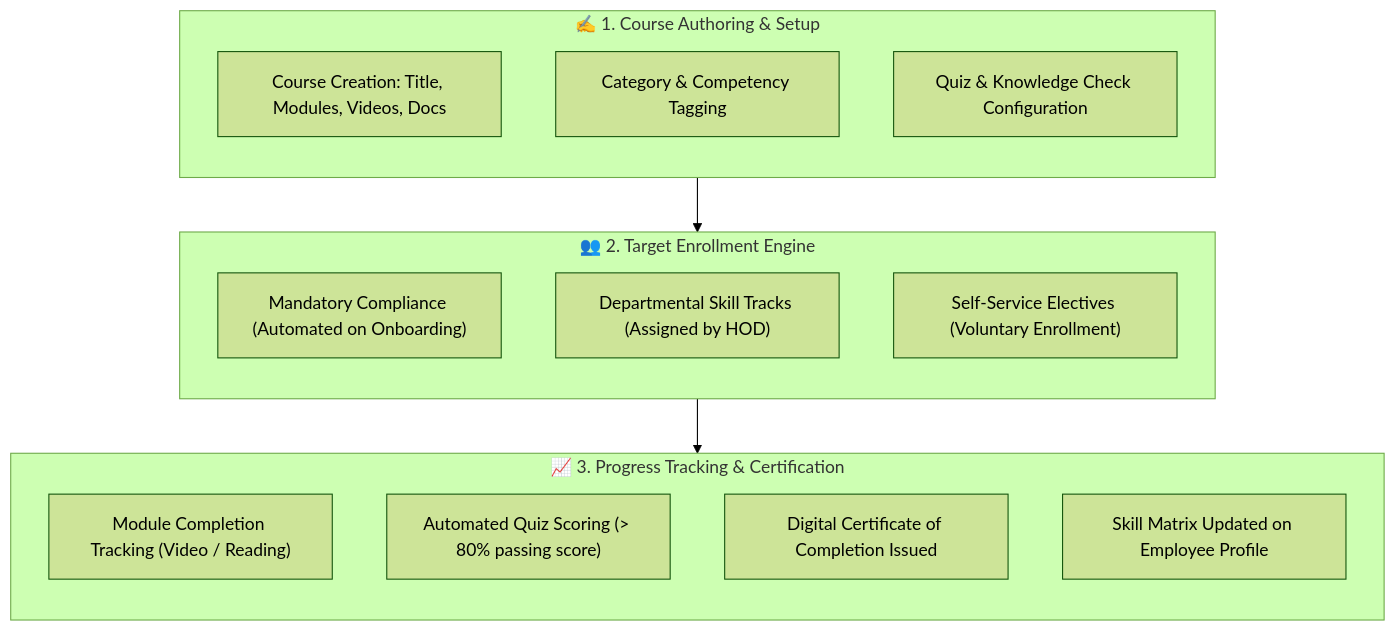
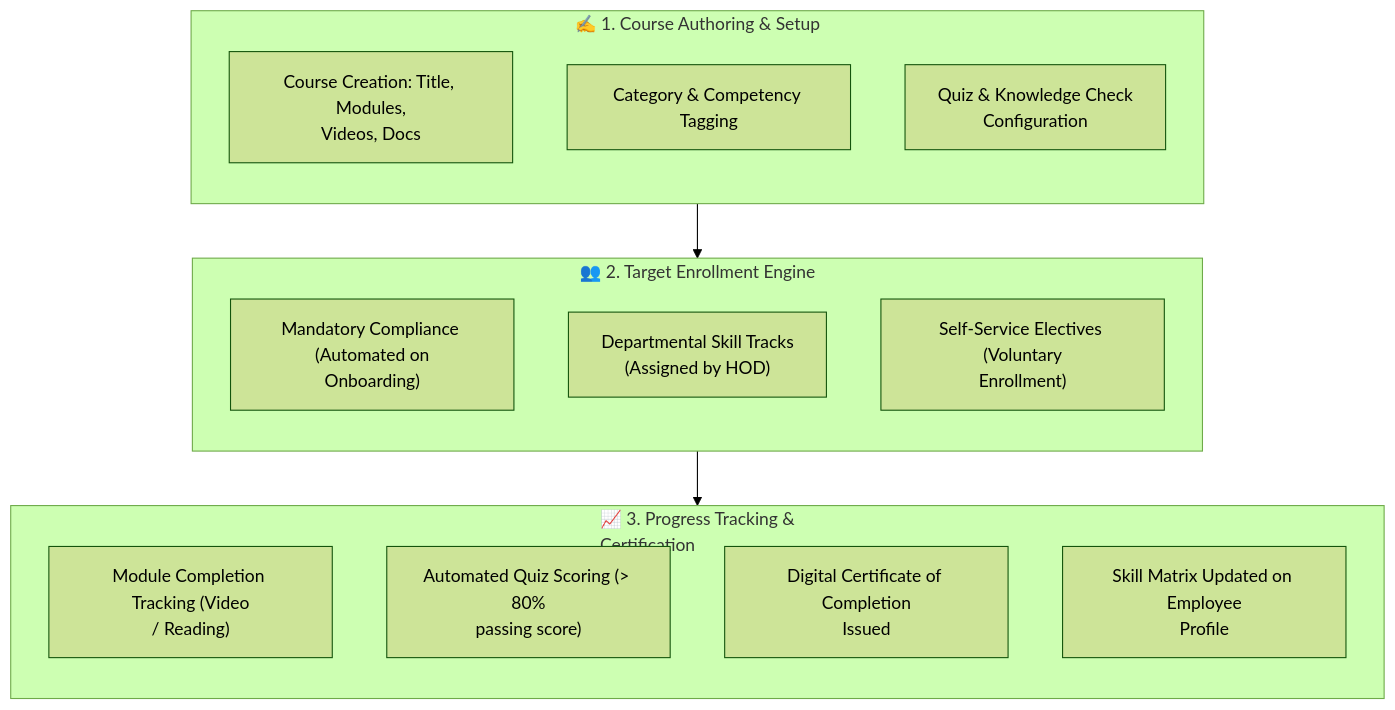
One commit to SRJ-GROUP/hubnest_user_guide changed the diagram in docs/hrms/lms.md. Above: the diagram before and after it, drawn with Mermaid (forest theme). The commit also changed 161 other files, not shown here.

Commit message:
feat: complete HubMeet suite, supervisor portal docs, diagram fixes, and interactive eye-button zoom modal

````diff
--- a/docs/hrms/lms.md
+++ b/docs/hrms/lms.md
@@ -24,27 +24,27 @@
 ```mermaid
 graph TB
     subgraph Authoring["✍️ 1. Course Authoring & Setup"]
         direction TB
-        C1["Course Creation: Title, Modules, Videos, Docs"]
+        C1["Course Creation: Title, Modules,<br/>Videos, Docs"]
         C2["Category & Competency Tagging"]
-        C3["Quiz & Knowledge Check Configuration"]
+        C3["Quiz & Knowledge Check<br/>Configuration"]
     end
 
     subgraph EnrollmentEngine["👥 2. Target Enrollment Engine"]
         direction TB
-        E1["Mandatory Compliance (Automated on Onboarding)"]
-        E2["Departmental Skill Tracks (Assigned by HOD)"]
-        E3["Self-Service Electives (Voluntary Enrollment)"]
+        E1["Mandatory Compliance (Automated on<br/>Onboarding)"]
+        E2["Departmental Skill Tracks<br/>(Assigned by HOD)"]
+        E3["Self-Service Electives (Voluntary<br/>Enrollment)"]
     end
 
-    subgraph TrackingEngine["📈 3. Progress Tracking & Certification"]
+    subgraph TrackingEngine["📈 3. Progress Tracking &<br/>Certification"]
         direction TB
-        T1["Module Completion Tracking (Video / Reading)"]
-        T2["Automated Quiz Scoring (> 80% passing score)"]
-        T3["Digital Certificate of Completion Issued"]
-        T4["Skill Matrix Updated on Employee Profile"]
+        T1["Module Completion Tracking (Video<br/>/ Reading)"]
+        T2["Automated Quiz Scoring (> 80%<br/>passing score)"]
+        T3["Digital Certificate of Completion<br/>Issued"]
+        T4["Skill Matrix Updated on Employee<br/>Profile"]
     end
 
     Authoring --> EnrollmentEngine
     EnrollmentEngine --> TrackingEngine
 ```
````
